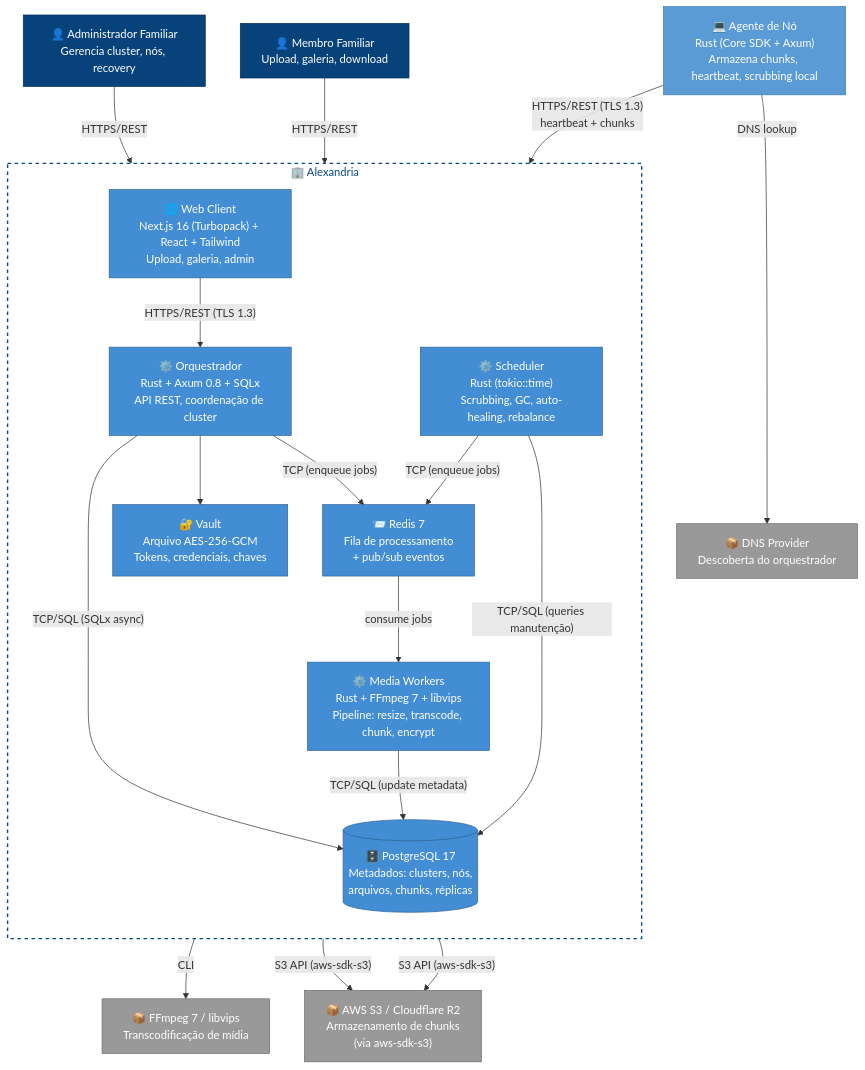
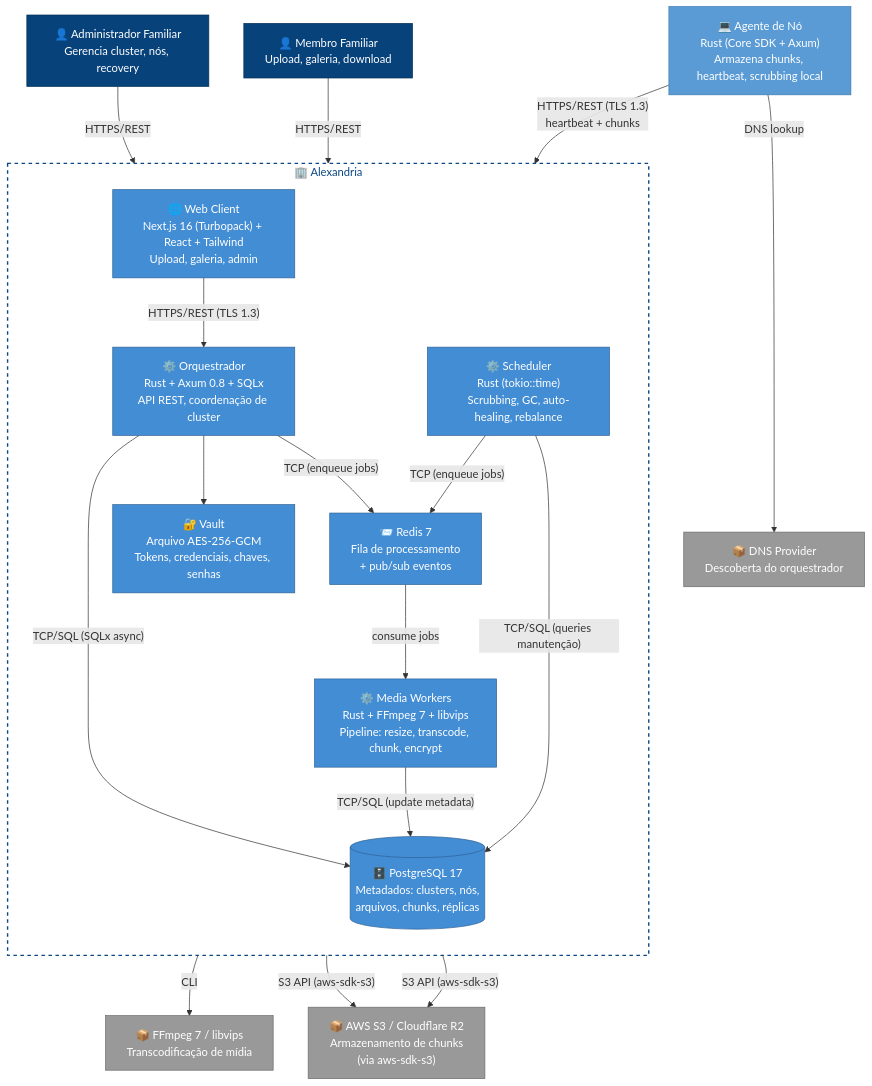
The diagram in docs/diagrams/containers/container-diagram.mmd (DouglasPrado/alexandria), drawn with Mermaid before and after one commit. The commit also changed 20 other files, not shown here.

```diff
--- a/docs/diagrams/containers/container-diagram.mmd
+++ b/docs/diagrams/containers/container-diagram.mmd
@@ -1,88 +1,88 @@
 %% C4 Nivel 2: Diagrama de Containers — Alexandria
 %% Referencia: docs/blueprint/06-system_architecture.md
 %% Versões: Rust + Axum 0.8, Next.js 16, PostgreSQL 17, Redis 7
 
 graph TB
     %% -------------------------------------------------------
     %% Atores
     %% -------------------------------------------------------
     Admin["👤 Administrador Familiar<br/>Gerencia cluster, nós, recovery"]
     Membro["👤 Membro Familiar<br/>Upload, galeria, download"]
 
     %% -------------------------------------------------------
     %% Dispositivos / Nós
     %% -------------------------------------------------------
     NodeAgent["💻 Agente de Nó<br/>Rust (Core SDK + Axum)<br/>Armazena chunks, heartbeat, scrubbing local"]
 
     %% -------------------------------------------------------
     %% Fronteira do Sistema
     %% -------------------------------------------------------
     subgraph SystemBoundary["🏢 Alexandria"]
         direction TB
 
         WebApp["🌐 Web Client<br/>Next.js 16 (Turbopack) + React + Tailwind<br/>Upload, galeria, admin"]
 
         API["⚙️ Orquestrador<br/>Rust + Axum 0.8 + SQLx<br/>API REST, coordenação de cluster"]
         Workers["⚙️ Media Workers<br/>Rust + FFmpeg 7 + libvips<br/>Pipeline: resize, transcode, chunk, encrypt"]
         Scheduler_C["⚙️ Scheduler<br/>Rust (tokio::time)<br/>Scrubbing, GC, auto-healing, rebalance"]
 
         DB[("🗄️ PostgreSQL 17<br/>Metadados: clusters, nós,<br/>arquivos, chunks, réplicas")]
         Queue["📨 Redis 7<br/>Fila de processamento<br/>+ pub/sub eventos"]
-        Vault_C["🔐 Vault<br/>Arquivo AES-256-GCM<br/>Tokens, credenciais, chaves"]
+        Vault_C["🔐 Vault<br/>Arquivo AES-256-GCM<br/>Tokens, credenciais, chaves, senhas"]
     end
 
     %% -------------------------------------------------------
     %% Sistemas Externos
     %% -------------------------------------------------------
     S3["📦 AWS S3 / Cloudflare R2<br/>Armazenamento de chunks<br/>(via aws-sdk-s3)"]
     FFmpeg_C["📦 FFmpeg 7 / libvips<br/>Transcodificação de mídia"]
     DNS_C["📦 DNS Provider<br/>Descoberta do orquestrador"]
 
     %% -------------------------------------------------------
     %% Relacionamentos — Atores
     %% -------------------------------------------------------
     Admin -->|"HTTPS/REST"| WebApp
     Membro -->|"HTTPS/REST"| WebApp
 
     %% -------------------------------------------------------
     %% Frontend → Backend
     %% -------------------------------------------------------
     WebApp -->|"HTTPS/REST (TLS 1.3)"| API
 
     %% -------------------------------------------------------
     %% Backend interno
     %% -------------------------------------------------------
     API -->|"TCP/SQL (SQLx async)"| DB
     API -->|"TCP (enqueue jobs)"| Queue
     Queue -->|"consume jobs"| Workers
     Workers -->|"CLI"| FFmpeg_C
     Workers -->|"TCP/SQL (update metadata)"| DB
     Scheduler_C -->|"TCP/SQL (queries manutenção)"| DB
     Scheduler_C -->|"TCP (enqueue jobs)"| Queue
     API --> Vault_C
 
     %% -------------------------------------------------------
     %% Storage e Nós
     %% -------------------------------------------------------
     API -->|"S3 API (aws-sdk-s3)"| S3
     Workers -->|"S3 API (aws-sdk-s3)"| S3
     NodeAgent -->|"HTTPS/REST (TLS 1.3)<br/>heartbeat + chunks"| API
     NodeAgent -->|"DNS lookup"| DNS_C
 
     %% -------------------------------------------------------
     %% Estilos C4
     %% -------------------------------------------------------
     style SystemBoundary fill:none,stroke:#0b4884,stroke-width:2px,stroke-dasharray:5 5,color:#0b4884
     style WebApp fill:#438dd5,stroke:#2e6295,color:#fff
     style API fill:#438dd5,stroke:#2e6295,color:#fff
     style Workers fill:#438dd5,stroke:#2e6295,color:#fff
     style Scheduler_C fill:#438dd5,stroke:#2e6295,color:#fff
     style DB fill:#438dd5,stroke:#2e6295,color:#fff
     style Queue fill:#438dd5,stroke:#2e6295,color:#fff
     style Vault_C fill:#438dd5,stroke:#2e6295,color:#fff
     style Admin fill:#08427b,stroke:#052e56,color:#fff
     style Membro fill:#08427b,stroke:#052e56,color:#fff
     style NodeAgent fill:#5a9bd5,stroke:#3a7bb5,color:#fff
     style S3 fill:#999999,stroke:#6b6b6b,color:#fff
     style FFmpeg_C fill:#999999,stroke:#6b6b6b,color:#fff
     style DNS_C fill:#999999,stroke:#6b6b6b,color:#fff
```
